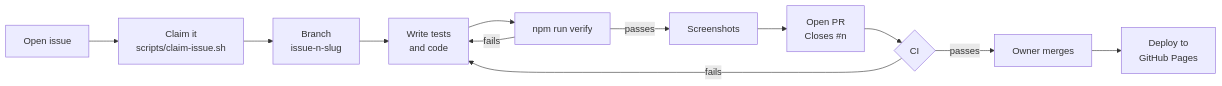
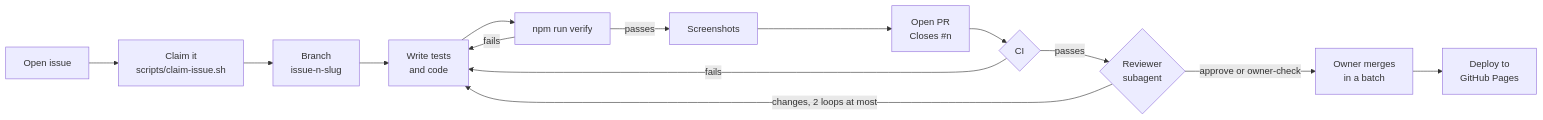
Before and after one commit to moureauf/kids-games: the first of 3 diagrams in CONTRIBUTING.md, drawn with Mermaid. The commit also changed other lines of this file and 2 other files, not shown here.

````diff
--- a/CONTRIBUTING.md
+++ b/CONTRIBUTING.md
@@ -64,14 +64,16 @@
 ```mermaid
 flowchart LR
     A[Open issue] --> B[Claim it<br/>scripts/claim-issue.sh]
     B --> C[Branch<br/>issue-n-slug]
     C --> D[Write tests<br/>and code]
     D --> E[npm run verify]
     E -->|fails| D
     E -->|passes| F[Screenshots]
     F --> G[Open PR<br/>Closes #n]
     G --> H{CI}
     H -->|fails| D
-    H -->|passes| I[Owner merges]
+    H -->|passes| R{Reviewer<br/>subagent}
+    R -->|changes, 2 loops at most| D
+    R -->|approve or owner-check| I[Owner merges<br/>in a batch]
     I --> J[Deploy to<br/>GitHub Pages]
 ```
````
